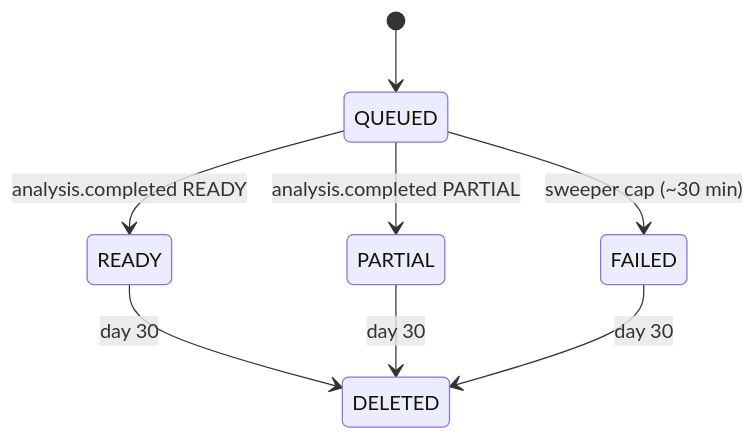
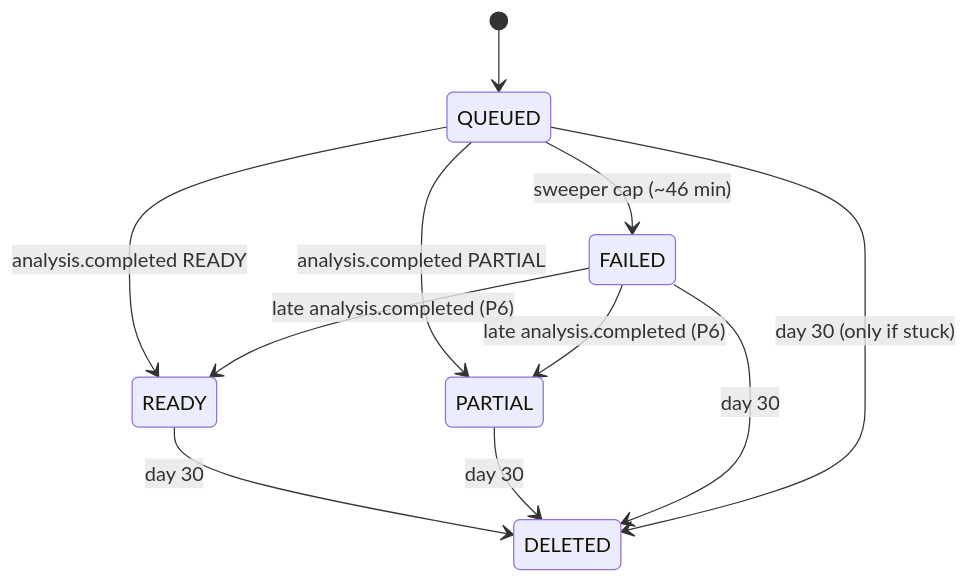
Before and after one commit to Siddhesh672004/offer-shield: the third of 3 diagrams in docs/plan/02-system-architecture-and-adrs.md, drawn with Mermaid. The commit also changed other lines of this file and 4 other files, not shown here.

````diff
--- a/docs/plan/02-system-architecture-and-adrs.md
+++ b/docs/plan/02-system-architecture-and-adrs.md
@@ -141,10 +310,13 @@
 ```mermaid
 stateDiagram-v2
   [*] --> QUEUED
   QUEUED --> READY : analysis.completed READY
   QUEUED --> PARTIAL : analysis.completed PARTIAL
-  QUEUED --> FAILED : sweeper cap (~30 min)
+  QUEUED --> FAILED : sweeper cap (~46 min)
+  FAILED --> READY : late analysis.completed (P6)
+  FAILED --> PARTIAL : late analysis.completed (P6)
   READY --> DELETED : day 30
   PARTIAL --> DELETED : day 30
   FAILED --> DELETED : day 30
+  QUEUED --> DELETED : day 30 (only if stuck)
 ```
````
